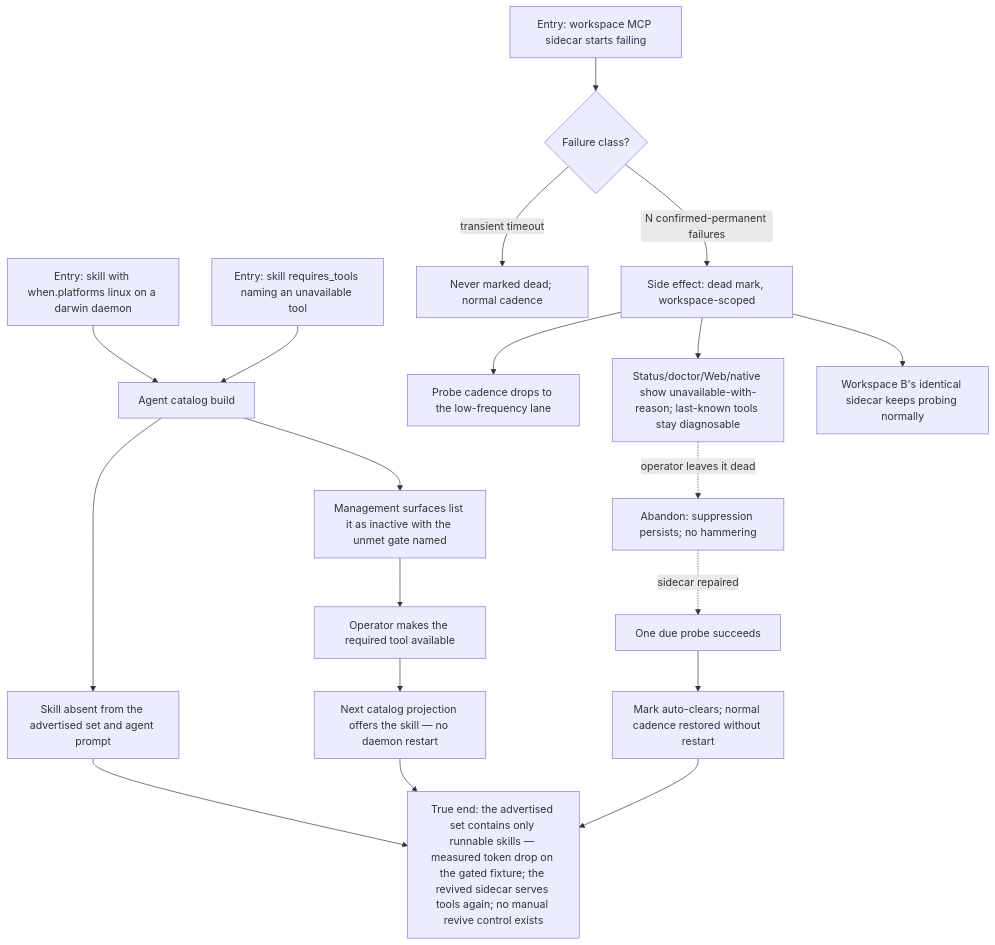
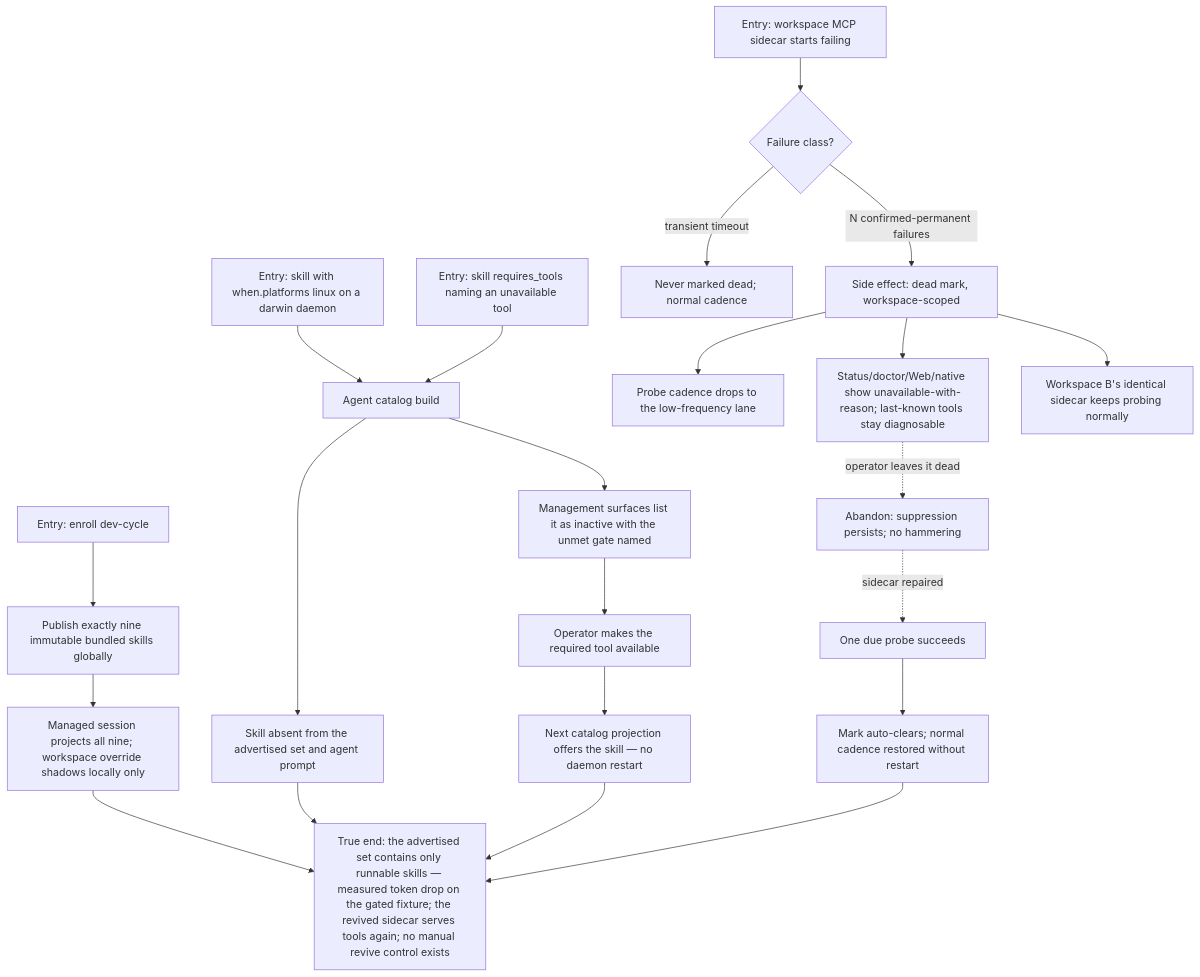
The diagram in docs/qa/journeys/J-offer-runnable-capabilities.md (compozy/compozy), drawn with Mermaid before and after one commit. The commit also changed other lines of this file and 33 other files, not shown here.

````diff
--- a/docs/qa/journeys/J-offer-runnable-capabilities.md
+++ b/docs/qa/journeys/J-offer-runnable-capabilities.md
@@ -8,21 +13,24 @@
 ```mermaid
 flowchart TD
     E1[Entry: skill with when.platforms linux on a darwin daemon] --> CB[Agent catalog build]
     CB --> ABS[Skill absent from the advertised set and agent prompt]
     CB --> LST[Management surfaces list it as inactive with the unmet gate named]
     E2[Entry: skill requires_tools naming an unavailable tool] --> CB
+    E4[Entry: enroll dev-cycle] --> NINE[Publish exactly nine immutable bundled skills globally]
+    NINE --> PROJ[Managed session projects all nine; workspace override shadows locally only]
+    PROJ --> TE
     LST --> FIX[Operator makes the required tool available]
     FIX --> ACT[Next catalog projection offers the skill — no daemon restart]
     E3[Entry: workspace MCP sidecar starts failing] --> CL{Failure class?}
     CL -->|transient timeout| KEEP[Never marked dead; normal cadence]
     CL -->|N confirmed-permanent failures| DEAD[Side effect: dead mark, workspace-scoped]
     DEAD --> LOW[Probe cadence drops to the low-frequency lane]
     DEAD --> DIAG[Status/doctor/Web/native show unavailable-with-reason; last-known tools stay diagnosable]
     DEAD --> ISOW[Workspace B's identical sidecar keeps probing normally]
     DIAG -.->|operator leaves it dead| AB[Abandon: suppression persists; no hammering]
     AB -.->|sidecar repaired| REV[One due probe succeeds]
     REV --> CLR[Mark auto-clears; normal cadence restored without restart]
     ABS --> TE[True end: the advertised set contains only runnable skills — measured token drop on the gated fixture; the revived sidecar serves tools again; no manual revive control exists]
     ACT --> TE
     CLR --> TE
 ```
````
